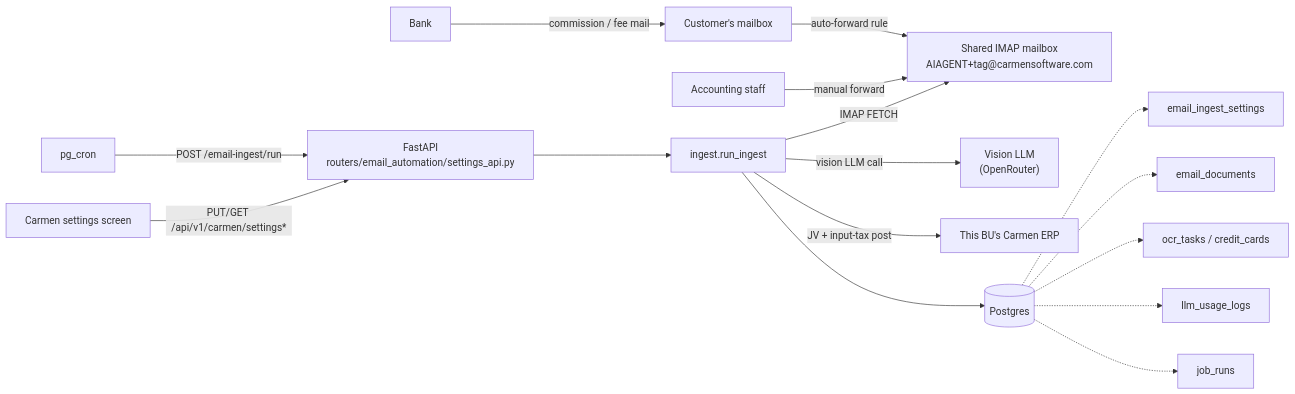
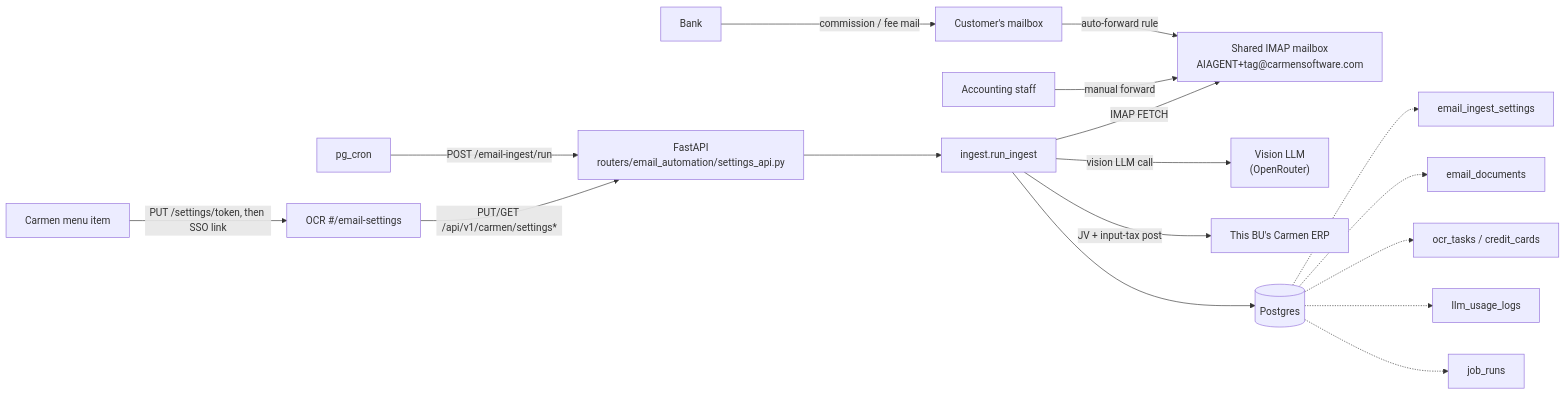
Before and after one commit to developer-carmensoftware/OCR: the first of 8 diagrams in docs/email-automation/02-architecture.md, drawn with Mermaid. The commit also changed other lines of this file and 39 other files, not shown here.

First line of the commit message:
feat(email-settings): the settings screen is ours (decision #34)

````diff
--- a/docs/email-automation/02-architecture.md
+++ b/docs/email-automation/02-architecture.md
@@ -10,21 +10,22 @@
 ```mermaid
 flowchart LR
     Bank["Bank"] -->|"commission / fee mail"| CustMbx["Customer's mailbox"]
     CustMbx -->|"auto-forward rule"| Shared["Shared IMAP mailbox\nAIAGENT+tag@carmensoftware.com"]
     Staff["Accounting staff"] -->|"manual forward"| Shared
 
     Cron["pg_cron"] -->|"POST /email-ingest/run"| API["FastAPI\nrouters/email_automation/settings_api.py"]
     API --> Ingest["ingest.run_ingest"]
     Ingest -->|"IMAP FETCH"| Shared
     Ingest -->|"vision LLM call"| Vision["Vision LLM\n(OpenRouter)"]
     Ingest -->|"JV + input-tax post"| Carmen["This BU's Carmen ERP"]
 
-    CarmenScreen["Carmen settings screen"] -->|"PUT/GET /api/v1/carmen/settings*"| API
+    CarmenMenu["Carmen menu item"] -->|"PUT /settings/token, then SSO link"| Settings["OCR #/email-settings"]
+    Settings -->|"PUT/GET /api/v1/carmen/settings*"| API
 
     Ingest --> DB[("Postgres")]
     DB -.-> T1["email_ingest_settings"]
     DB -.-> T2["email_documents"]
     DB -.-> T3["ocr_tasks / credit_cards"]
     DB -.-> T4["llm_usage_logs"]
     DB -.-> T5["job_runs"]
 ```
````
